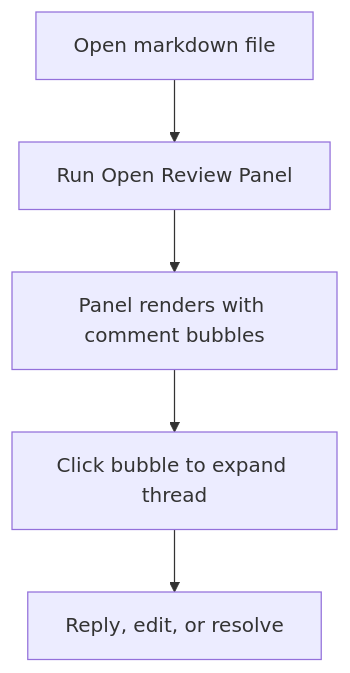
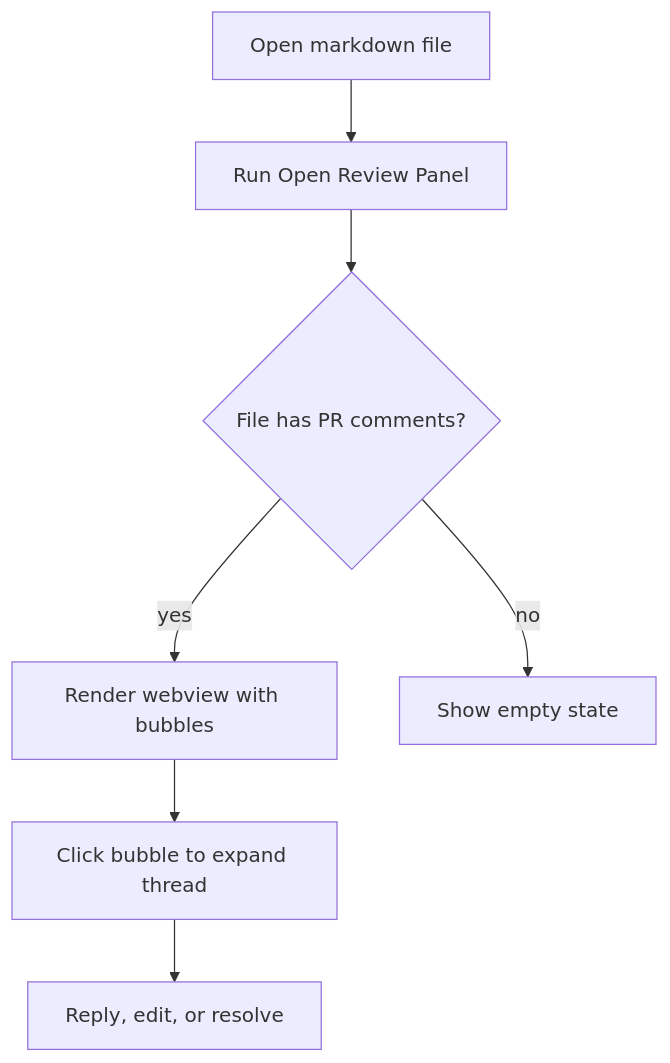
One commit to FrankLedo/markdown-pr-review changed the first of 2 diagrams in test/fixtures/pr-review-test.md. Above: the diagram before and after it, drawn with Mermaid. The commit also changed other lines of this file and 1 other file, not shown here.

Commit message:
docs: diagram comment anchoring design spec and test fixtures

````diff
--- a/test/fixtures/pr-review-test.md
+++ b/test/fixtures/pr-review-test.md
@@ -62,7 +65,9 @@
 ```mermaid
-graph TD
+flowchart TD
     A[Open markdown file] --> B[Run Open Review Panel]
-    B --> C[Panel renders with comment bubbles]
-    C --> D[Click bubble to expand thread]
-    D --> E[Reply, edit, or resolve]
+    B --> C{File has PR comments?}
+    C -->|yes| D[Render webview with bubbles]
+    C -->|no| E[Show empty state]
+    D --> F[Click bubble to expand thread]
+    F --> G[Reply, edit, or resolve]
 ```
````
